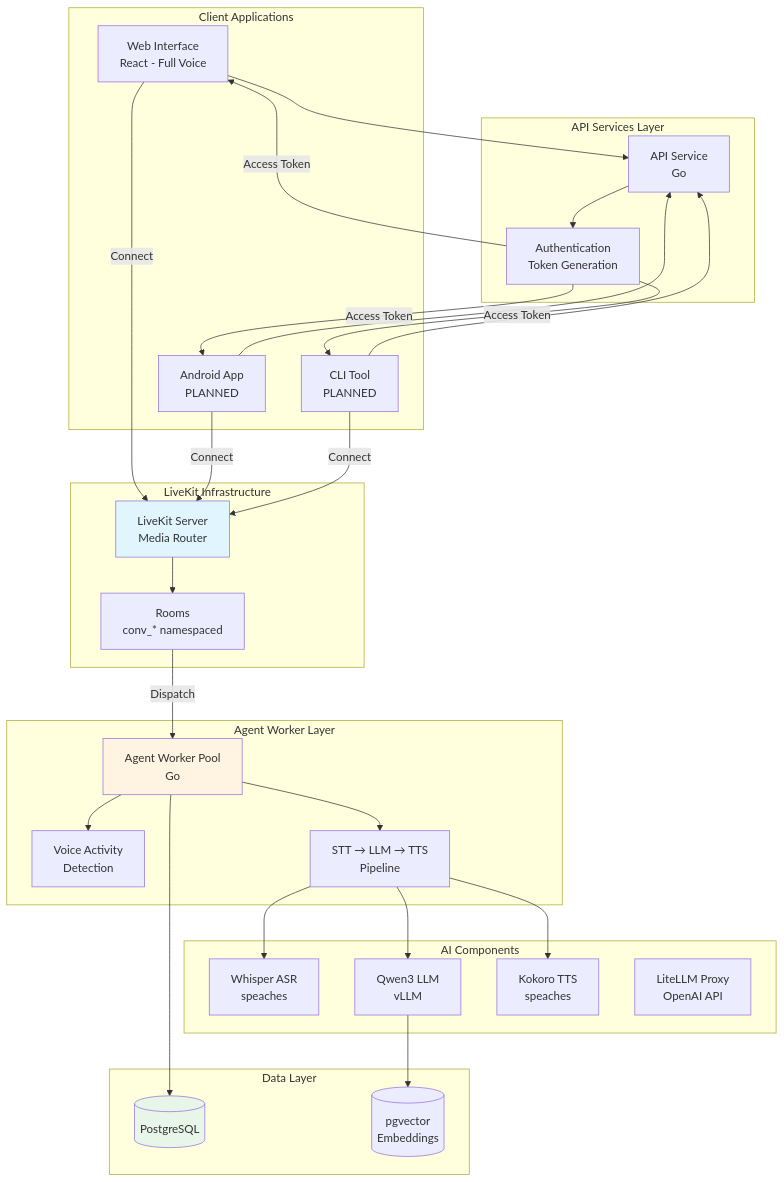
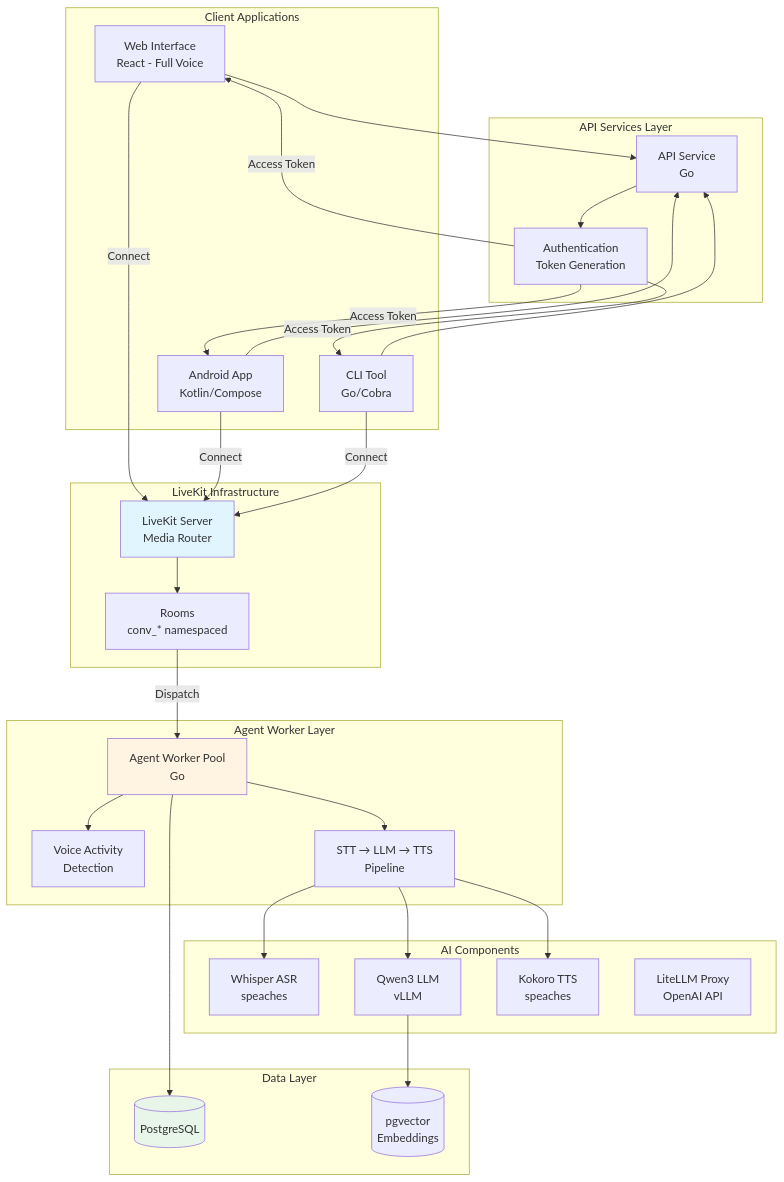
The second of 5 diagrams in docs/ARCHITECTURE.md (longregen/alicia), drawn with Mermaid before and after one commit. The commit also changed other lines of this file and 15 other files, not shown here.

````diff
--- a/docs/ARCHITECTURE.md
+++ b/docs/ARCHITECTURE.md
@@ -107,66 +107,66 @@
 ```mermaid
 graph TB
     subgraph "Client Applications"
         Web[Web Interface<br/>React - Full Voice]
-        Mobile[Android App<br/>PLANNED]
-        CLI[CLI Tool<br/>PLANNED]
+        Mobile[Android App<br/>Kotlin/Compose]
+        CLI[CLI Tool<br/>Go/Cobra]
     end
 
     subgraph "API Services Layer"
         API[API Service<br/>Go]
         Auth[Authentication<br/>Token Generation]
     end
 
     subgraph "LiveKit Infrastructure"
         LKServer[LiveKit Server<br/>Media Router]
         Rooms[Rooms<br/>conv_* namespaced]
     end
 
     subgraph "Agent Worker Layer"
         AgentPool[Agent Worker Pool<br/>Go]
         VAD[Voice Activity<br/>Detection]
         Pipeline[STT → LLM → TTS<br/>Pipeline]
     end
 
     subgraph "AI Components"
         ASR[Whisper ASR<br/>speaches]
         LLM[Qwen3 LLM<br/>vLLM]
         TTSEngine[Kokoro TTS<br/>speaches]
         LiteLLM[LiteLLM Proxy<br/>OpenAI API]
     end
 
     subgraph "Data Layer"
         PostgreSQL[(PostgreSQL)]
         Vectors[(pgvector<br/>Embeddings)]
     end
 
     Web --> API
     Mobile --> API
     CLI --> API
 
     API --> Auth
     Auth -->|Access Token| Web
     Auth -->|Access Token| Mobile
     Auth -->|Access Token| CLI
 
     Web -->|Connect| LKServer
     Mobile -->|Connect| LKServer
     CLI -->|Connect| LKServer
 
     LKServer --> Rooms
     Rooms -->|Dispatch| AgentPool
 
     AgentPool --> VAD
     AgentPool --> Pipeline
 
     Pipeline --> ASR
     Pipeline --> LLM
     Pipeline --> TTSEngine
 
     AgentPool --> PostgreSQL
     LLM --> Vectors
 
     style LKServer fill:#e1f5ff
     style AgentPool fill:#fff4e1
     style PostgreSQL fill:#e8f5e9
 ```
````
